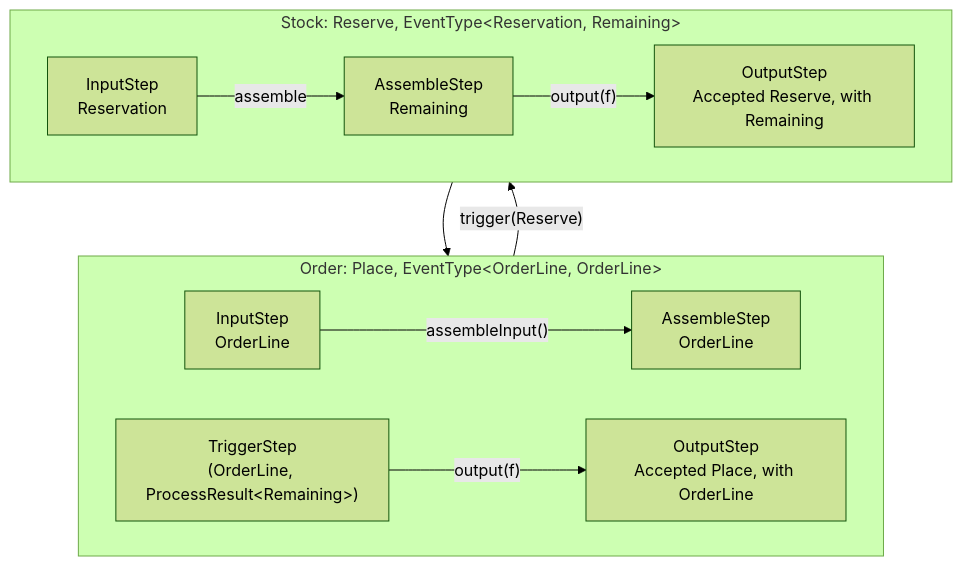
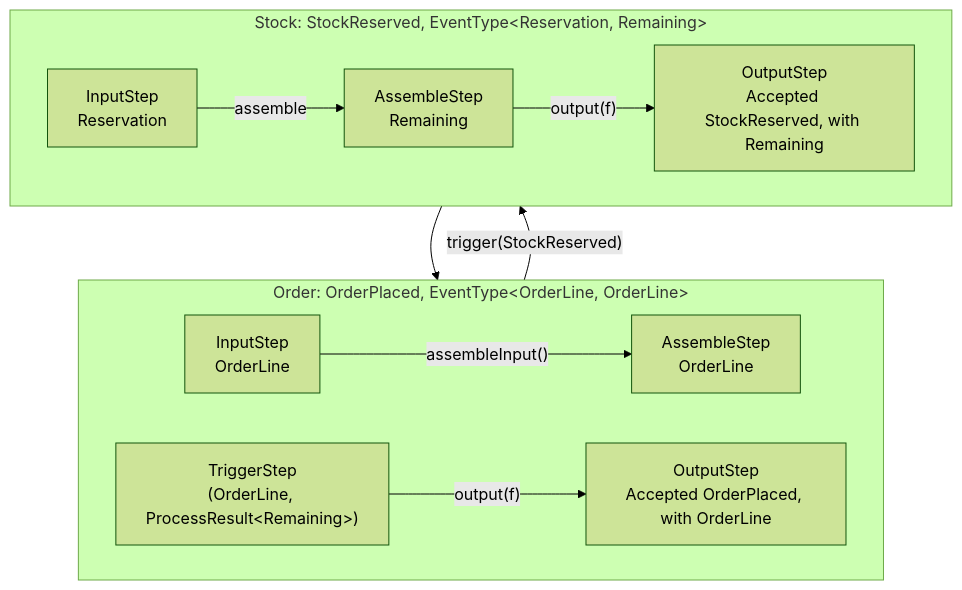
Before and after one commit to the-backend-project/tits: the second of 3 diagrams in docs/transition-models.md, drawn with Mermaid (forest theme). The commit also changed other lines of this file and 45 other files, not shown here.

````diff
--- a/docs/transition-models.md
+++ b/docs/transition-models.md
@@ -104,15 +104,15 @@
 ```mermaid
 flowchart TB
-    subgraph order ["Order: Place, EventType#lt;OrderLine, OrderLine#gt;"]
+    subgraph order ["Order: OrderPlaced, EventType#lt;OrderLine, OrderLine#gt;"]
         direction LR
         o1["InputStep<br>OrderLine"] -- "assembleInput()" --> o2["AssembleStep<br>OrderLine"]
-        o3["TriggerStep<br>(OrderLine, ProcessResult#lt;Remaining#gt;)"] -- "output(f)" --> o4["OutputStep<br>Accepted Place, with OrderLine"]
+        o3["TriggerStep<br>(OrderLine, ProcessResult#lt;Remaining#gt;)"] -- "output(f)" --> o4["OutputStep<br>Accepted OrderPlaced, with OrderLine"]
     end
-    subgraph stock ["Stock: Reserve, EventType#lt;Reservation, Remaining#gt;"]
+    subgraph stock ["Stock: StockReserved, EventType#lt;Reservation, Remaining#gt;"]
         direction LR
         s1["InputStep<br>Reservation"] -- "assemble" --> s2["AssembleStep<br>Remaining"]
-        s2 -- "output(f)" --> s3["OutputStep<br>Accepted Reserve, with Remaining"]
+        s2 -- "output(f)" --> s3["OutputStep<br>Accepted StockReserved, with Remaining"]
     end
-    o2 -- "trigger(Reserve)" --> s1
+    o2 -- "trigger(StockReserved)" --> s1
     s3 --> o3
 ```
````
